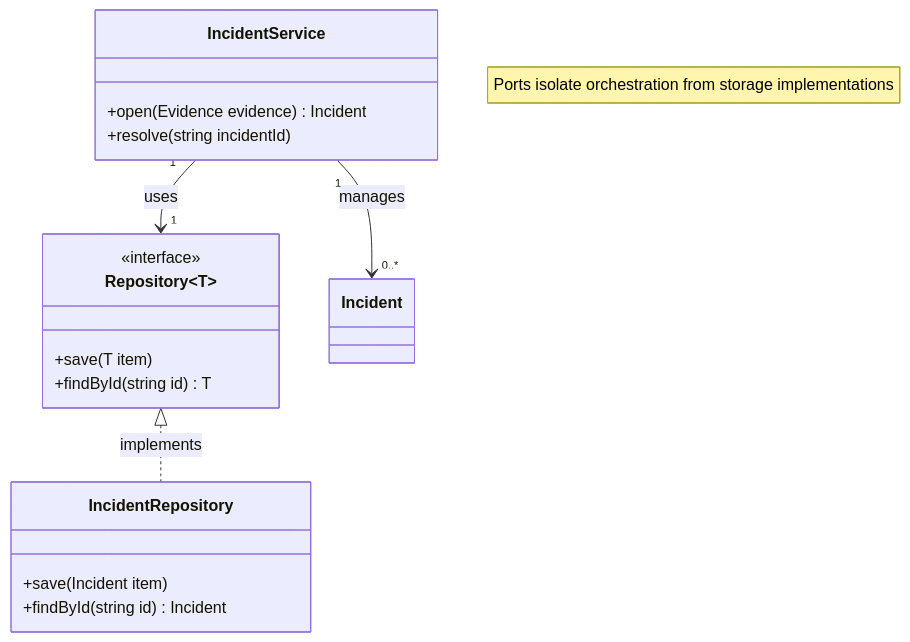
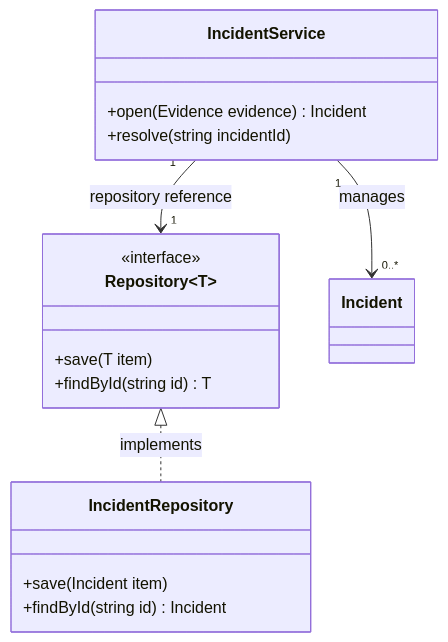
Before and after one commit to mols3131d/mols-agent-assets: the second of 4 diagrams in src/rulesync/.rulesync/skills/mols-mermaid-diagram/references/examples/class-diagram.md, drawn with Mermaid. The commit also changed other lines of this file and 27 other files, not shown here.

Commit message:
docs(mermaid): diagram examples 단계별 고도화

````diff
--- a/src/rulesync/.rulesync/skills/mols-mermaid-diagram/references/examples/class-diagram.md
+++ b/src/rulesync/.rulesync/skills/mols-mermaid-diagram/references/examples/class-diagram.md
@@ -32,24 +67,24 @@
 ```mermaid
 classDiagram
-    note "Ports isolate orchestration from storage implementations"
+    class IncidentService {
+        +open(Evidence evidence) Incident
+        +resolve(string incidentId)
+    }
 
     class Repository~T~ {
         <<interface>>
         +save(T item)
         +findById(string id) T
     }
 
     class IncidentRepository {
         +save(Incident item)
         +findById(string id) Incident
     }
 
-    class IncidentService {
-        +open(Evidence evidence) Incident
-        +resolve(string incidentId)
-    }
+    class Incident
 
-    Repository~Incident~ <|.. IncidentRepository : implements
-    IncidentService "1" --> "1" Repository~Incident~ : uses
+    Repository <|.. IncidentRepository : implements
+    IncidentService "1" --> "1" Repository : repository reference
     IncidentService "1" --> "0..*" Incident : manages
 ```
````
